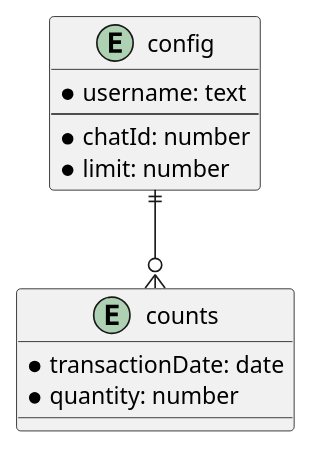
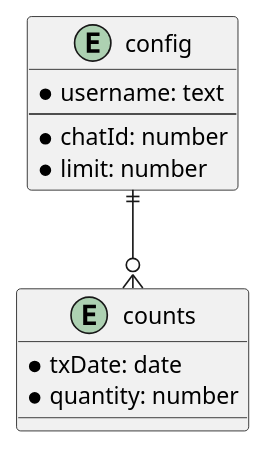
Before and after one commit to hombrenieve/fuel_expense_bot: the diagram in diagrams/febER.puml, drawn with PlantUML. The commit also changed 1 other file, not shown here.

```diff
--- a/diagrams/febER.puml
+++ b/diagrams/febER.puml
@@ -1,16 +1,16 @@
 @startuml
 
 entity config {
     * username: text
     --
     * chatId: number
     * limit: number
 }
 
 entity counts {
-    * transactionDate: date
+    * txDate: date
     * quantity: number
 }
 
 config ||--o{ counts
 @enduml
```
